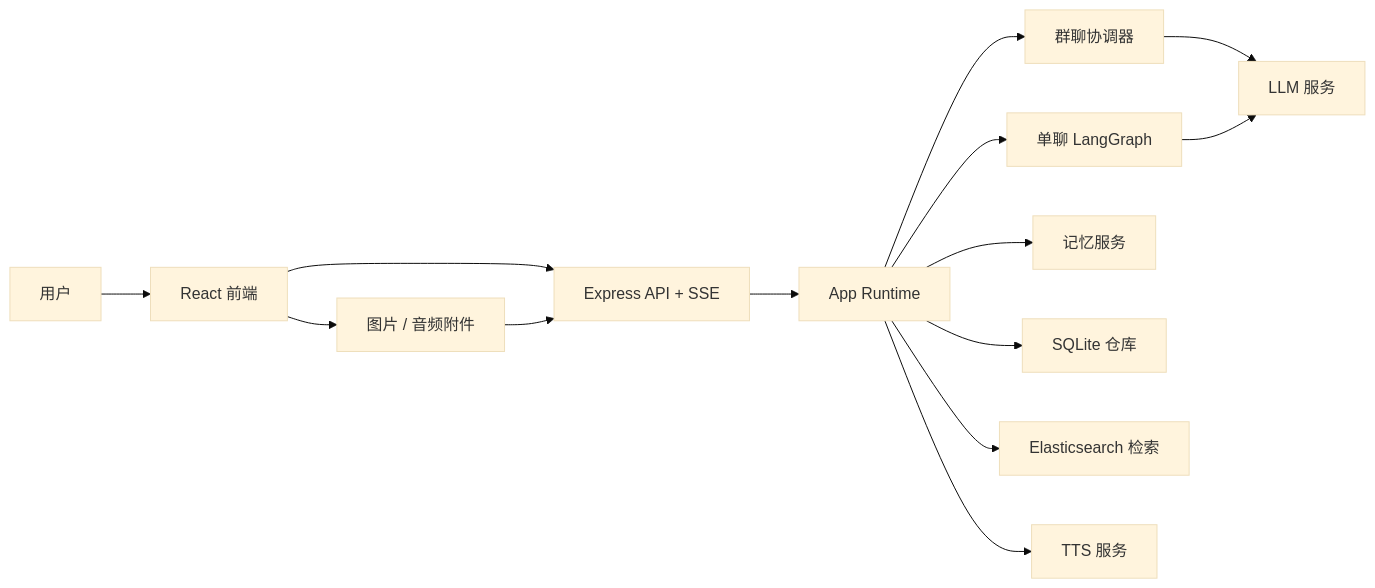
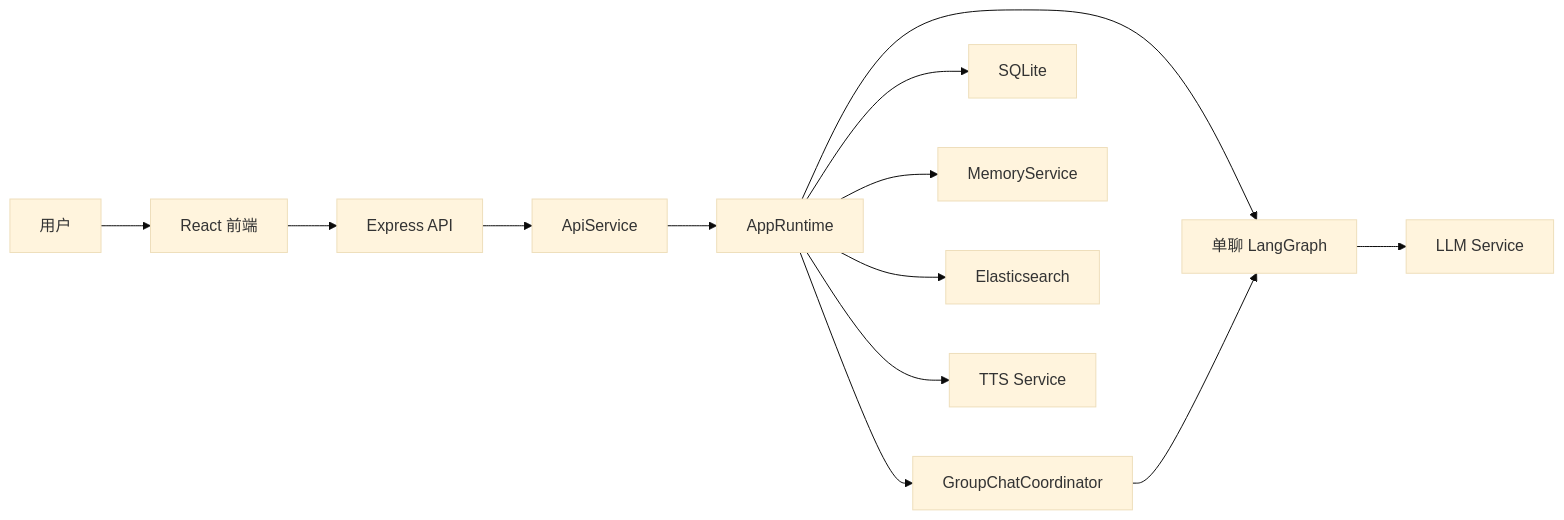
One commit to davent10086/SenrenTalk changed the first of 3 diagrams in README.md. Above: the diagram before and after it, drawn with Mermaid (base theme). The commit also changed other lines of this file and 11 other files, not shown here.

Commit message:
Fix group chat single-round flow and refresh docs

````diff
--- a/README.md
+++ b/README.md
@@ -57,16 +88,15 @@
 ```mermaid
 flowchart LR
     U["用户"] --> UI["React 前端"]
-    UI --> API["Express API + SSE"]
-    API --> RT["App Runtime"]
-    RT --> GC["群聊协调器"]
+    UI --> API["Express API"]
+    API --> AS["ApiService"]
+    AS --> RT["AppRuntime"]
     RT --> SC["单聊 LangGraph"]
-    GC --> LLM["LLM 服务"]
-    SC --> LLM
-    RT --> MEM["记忆服务"]
-    RT --> DB["SQLite 仓库"]
-    RT --> ES["Elasticsearch 检索"]
-    RT --> TTS["TTS 服务"]
-    UI --> MEDIA["图片 / 音频附件"]
-    MEDIA --> API
+    RT --> GC["GroupChatCoordinator"]
+    RT --> DB["SQLite"]
+    RT --> MEM["MemoryService"]
+    RT --> ES["Elasticsearch"]
+    RT --> TTS["TTS Service"]
+    SC --> LLM["LLM Service"]
+    GC --> SC
 ```
````
